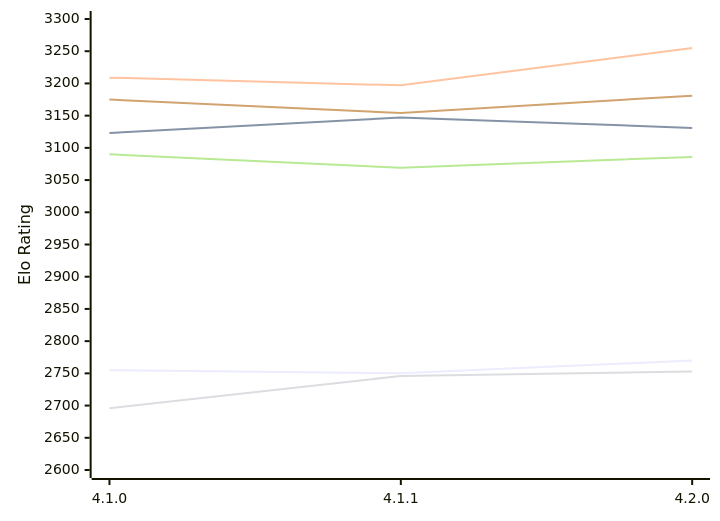
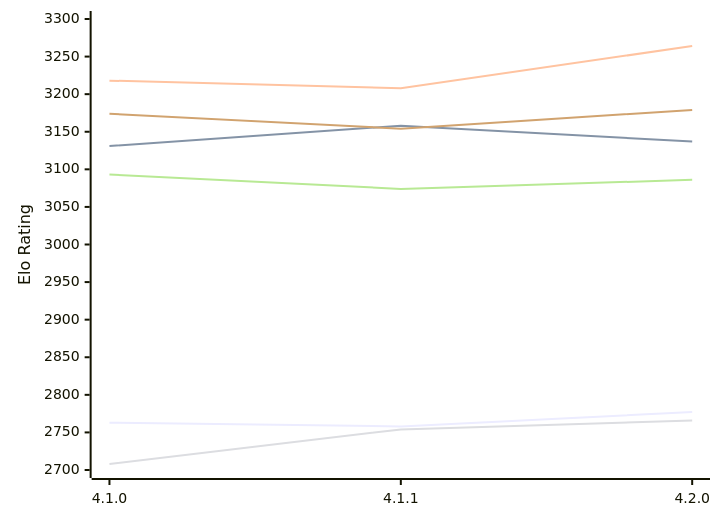
The diagram in engines/LunaChessEngine.md (computer-chess-index/cci), drawn with Mermaid before and after one commit. The commit also changed other lines of this file, not shown here.

Commit message:
Update CCI Ratings (ELO VLTC) - 2026-11-16

````diff
--- a/engines/LunaChessEngine.md
+++ b/engines/LunaChessEngine.md
@@ -51,12 +51,12 @@
 ```mermaid
 %%{init: {"theme":"base","themeVariables":{"seriesColors:['#a3a3a3','#222221','#faa371']}}}%%
 xychart-beta
   x-axis ["4.1.0", "4.1.1", "4.2.0"]
-  y-axis "Elo Rating" 2600 --> 3300
-  line "E1: STC (8.0+0.08s)" [2755, 2750, 2770]
-  line "E1: LTC (60.0+0.60s)" [3123, 3147, 3131]
-  line "E1: VLTC (2m24s+1.12s)" [3209, 3197, 3255]
-  line "P1: STC (8.0+0.08s)" [2696, 2746, 2753]
-  line "P1: LTC (60.0+0.60s)" [3090, 3069, 3086]
-  line "P1: VLTC (2m24s+1.12s)" [3175, 3154, 3181]
+  y-axis "Elo Rating" 2700 --> 3300
+  line "E1: STC (8.0+0.08s)" [2763, 2758, 2777]
+  line "E1: LTC (60.0+0.60s)" [3131, 3158, 3137]
+  line "E1: VLTC (2m24s+1.12s)" [3218, 3208, 3264]
+  line "P1: STC (8.0+0.08s)" [2708, 2754, 2766]
+  line "P1: LTC (60.0+0.60s)" [3093, 3074, 3086]
+  line "P1: VLTC (2m24s+1.12s)" [3174, 3154, 3179]
 ```
````
